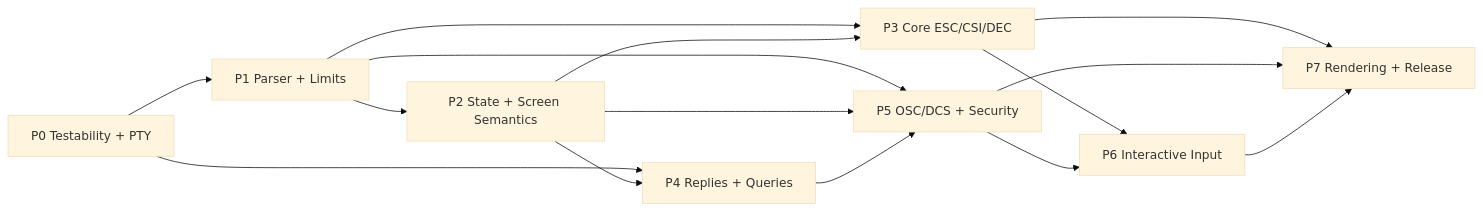
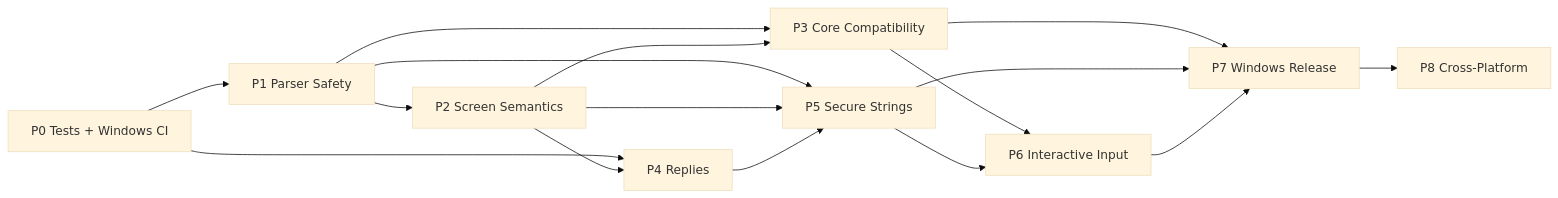
Before and after one commit to wangjq4214/harbor: the diagram in docs/roadmap.md, drawn with Mermaid (base theme). The commit also changed other lines of this file and 20 other files, not shown here.

````diff
--- a/docs/roadmap.md
+++ b/docs/roadmap.md
@@ -95,17 +38,18 @@
 ```mermaid
 graph LR
-    P0["P0 Testability + PTY"] --> P1["P1 Parser + Limits"]
-    P1 --> P2["P2 State + Screen Semantics"]
-    P1 --> P3["P3 Core ESC/CSI/DEC"]
+    P0["P0 Tests + Windows CI"] --> P1["P1 Parser Safety"]
+    P1 --> P2["P2 Screen Semantics"]
+    P1 --> P3["P3 Core Compatibility"]
     P2 --> P3
-    P0 --> P4["P4 Replies + Queries"]
+    P0 --> P4["P4 Replies"]
     P2 --> P4
-    P1 --> P5["P5 OSC/DCS + Security"]
+    P1 --> P5["P5 Secure Strings"]
     P2 --> P5
     P4 --> P5
     P3 --> P6["P6 Interactive Input"]
     P5 --> P6
-    P3 --> P7["P7 Rendering + Release"]
+    P3 --> P7["P7 Windows Release"]
     P5 --> P7
     P6 --> P7
+    P7 --> P8["P8 Cross-Platform"]
 ```
````
